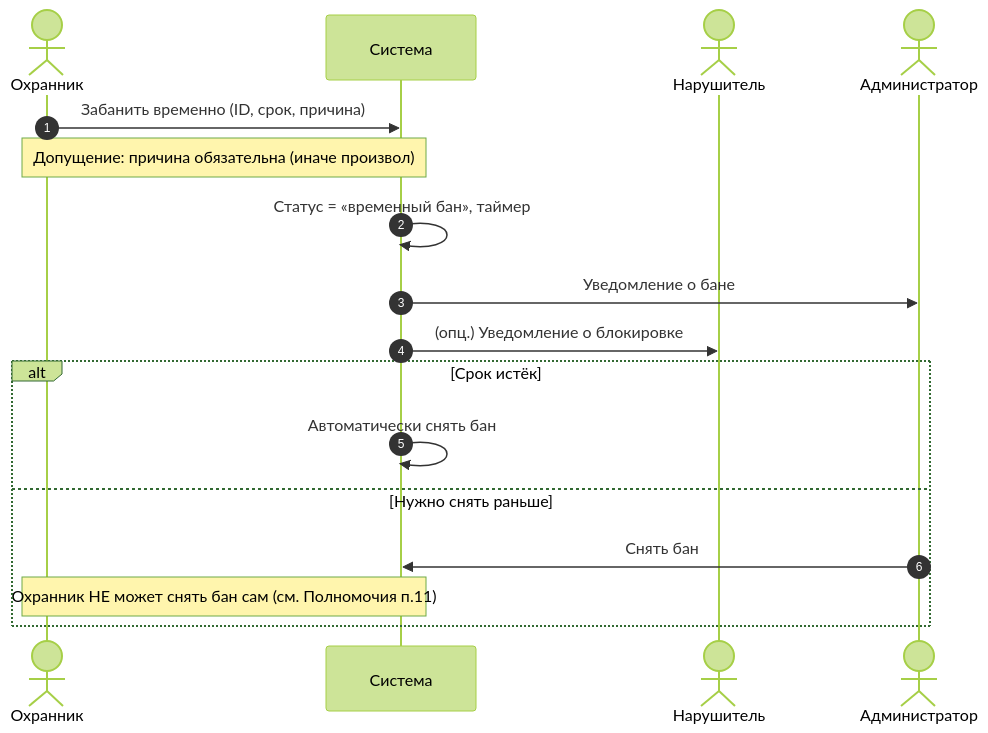
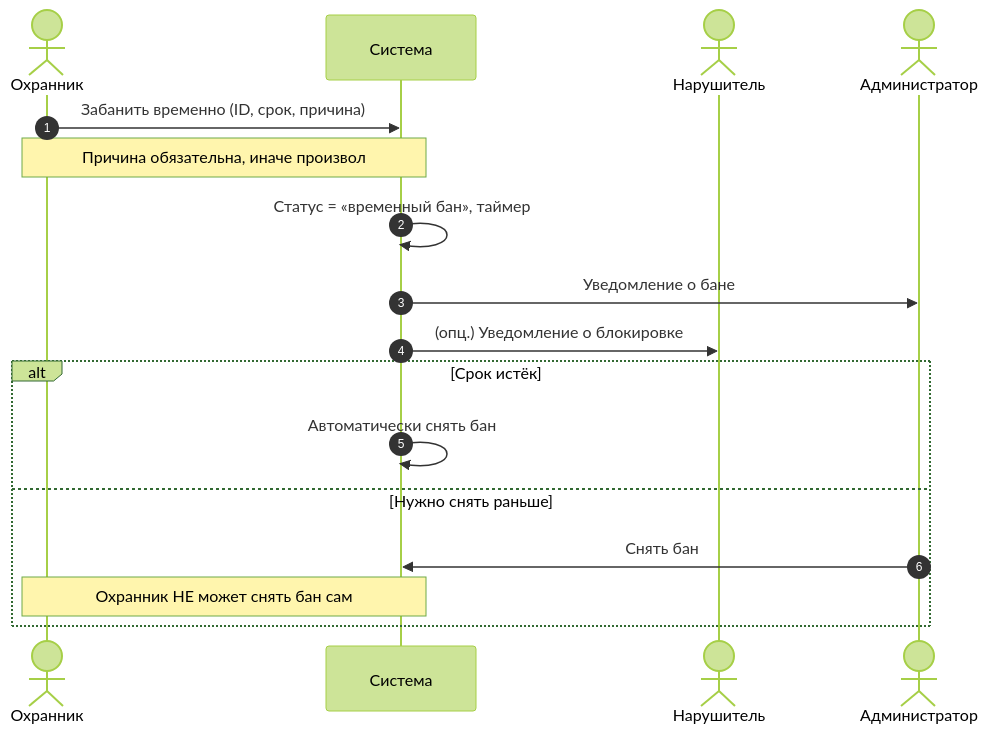
Before and after one commit to lokiertyert/hz: the fifth of 9 diagrams in Диаграммы_последовательности.md, drawn with Mermaid (forest theme). The commit also changed other lines of this file, not shown here.

Commit message:
Убраны ссылки на номера полномочий из пояснений на диаграммах

````diff
--- a/Диаграммы_последовательности.md
+++ b/Диаграммы_последовательности.md
@@ -112,20 +112,20 @@
 ```mermaid
 sequenceDiagram
     autonumber
     actor G as Охранник
     participant S as Система
     actor V as Нарушитель
     actor AD as Администратор
 
     G->>S: Забанить временно (ID, срок, причина)
-    Note over G,S: Допущение: причина обязательна (иначе произвол)
+    Note over G,S: Причина обязательна, иначе произвол
     S->>S: Статус = «временный бан», таймер
     S->>AD: Уведомление о бане
     S->>V: (опц.) Уведомление о блокировке
     alt Срок истёк
         S->>S: Автоматически снять бан
     else Нужно снять раньше
         AD->>S: Снять бан
-        Note over G,S: Охранник НЕ может снять бан сам (см. Полномочия п.11)
+        Note over G,S: Охранник НЕ может снять бан сам
     end
 ```
````
